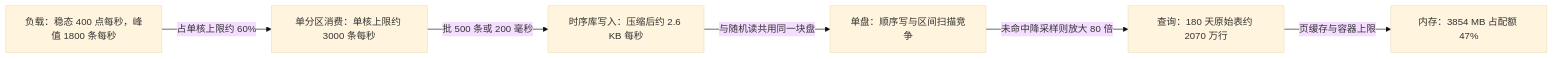
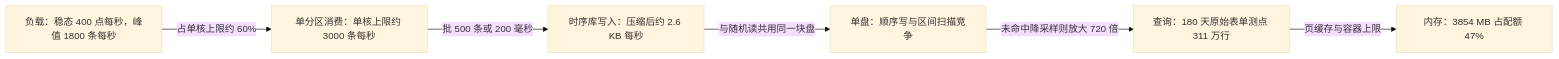
One commit to smornfly/CDCIM changed the diagram in docs/03-架构/12-容量规划与性能模型.md. Above: the diagram before and after it, drawn with Mermaid (base theme). The commit also changed other lines of this file and 19 other files, not shown here.

````diff
--- a/docs/03-架构/12-容量规划与性能模型.md
+++ b/docs/03-架构/12-容量规划与性能模型.md
@@ -157,8 +157,8 @@
 ```mermaid
 flowchart LR
     L["负载：稳态 400 点每秒，峰值 1800 条每秒"] -->|"占单核上限约 60%"| P["单分区消费：单核上限约 3000 条每秒"]
     P -->|"批 500 条或 200 毫秒"| T["时序库写入：压缩后约 2.6 KB 每秒"]
     T -->|"与随机读共用同一块盘"| D["单盘：顺序写与区间扫描竞争"]
-    D -->|"未命中降采样则放大 80 倍"| Q["查询：180 天原始表约 2070 万行"]
+    D -->|"未命中降采样则放大 720 倍"| Q["查询：180 天原始表单测点 311 万行"]
     Q -->|"页缓存与容器上限"| M["内存：3854 MB 占配额 47%"]
 ```
````
